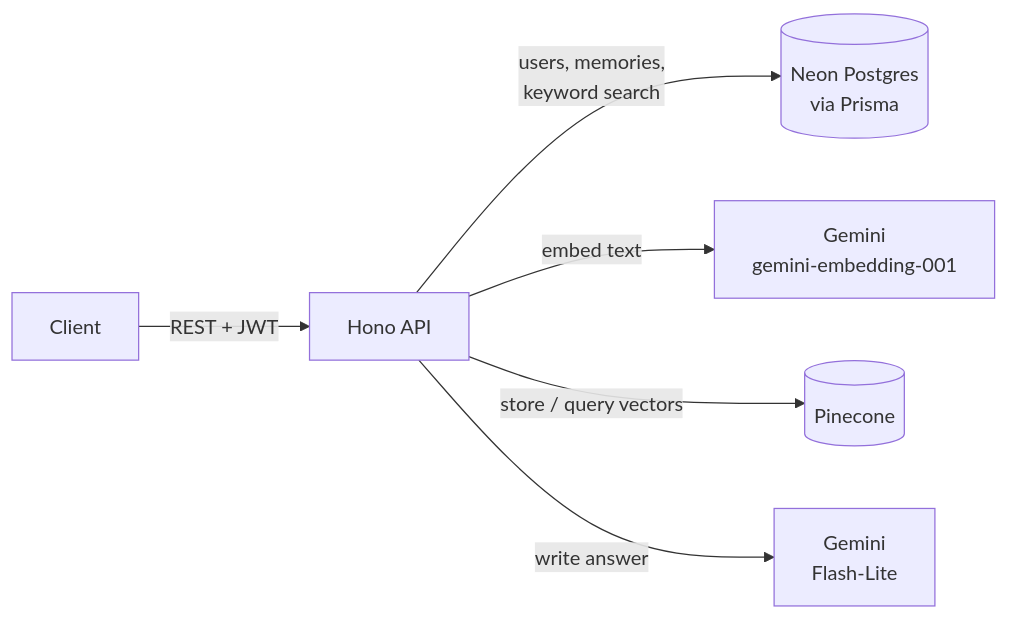
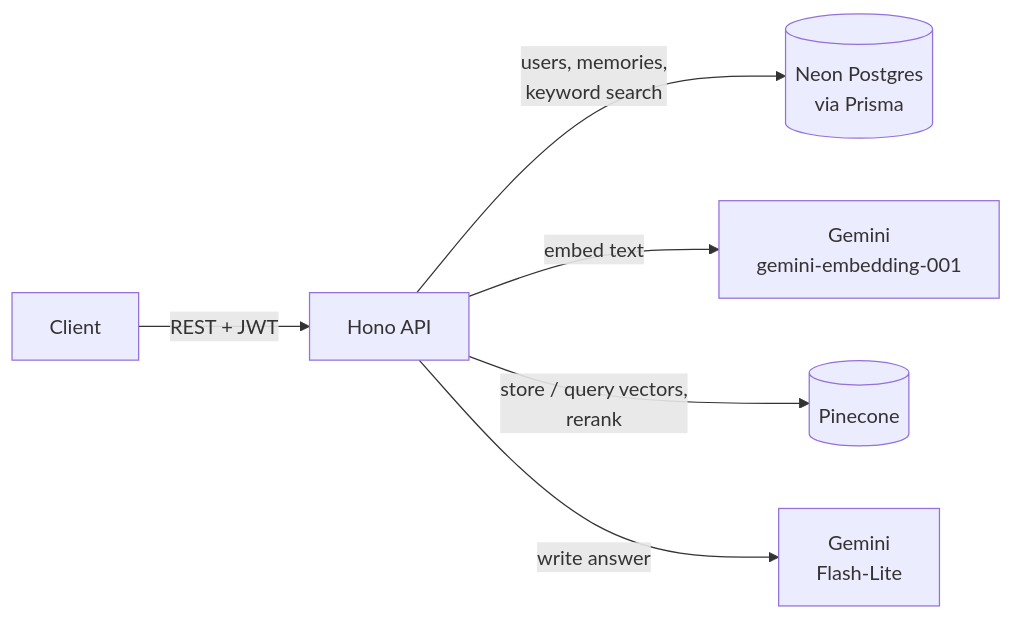
Before and after one commit to A-k-S-H-a-Y-K/projectz2: the diagram in README.md, drawn with Mermaid. The commit also changed other lines of this file and 32 other files, not shown here.

````diff
--- a/README.md
+++ b/README.md
@@ -51,8 +59,8 @@
 ```mermaid
 flowchart LR
     Client -->|REST + JWT| API[Hono API]
     API -->|users, memories,<br/>keyword search| PG[(Neon Postgres<br/>via Prisma)]
     API -->|embed text| GE[Gemini<br/>gemini-embedding-001]
-    API -->|store / query vectors| PC[(Pinecone)]
+    API -->|store / query vectors,<br/>rerank| PC[(Pinecone)]
     API -->|write answer| GC[Gemini<br/>Flash-Lite]
 ```
````
